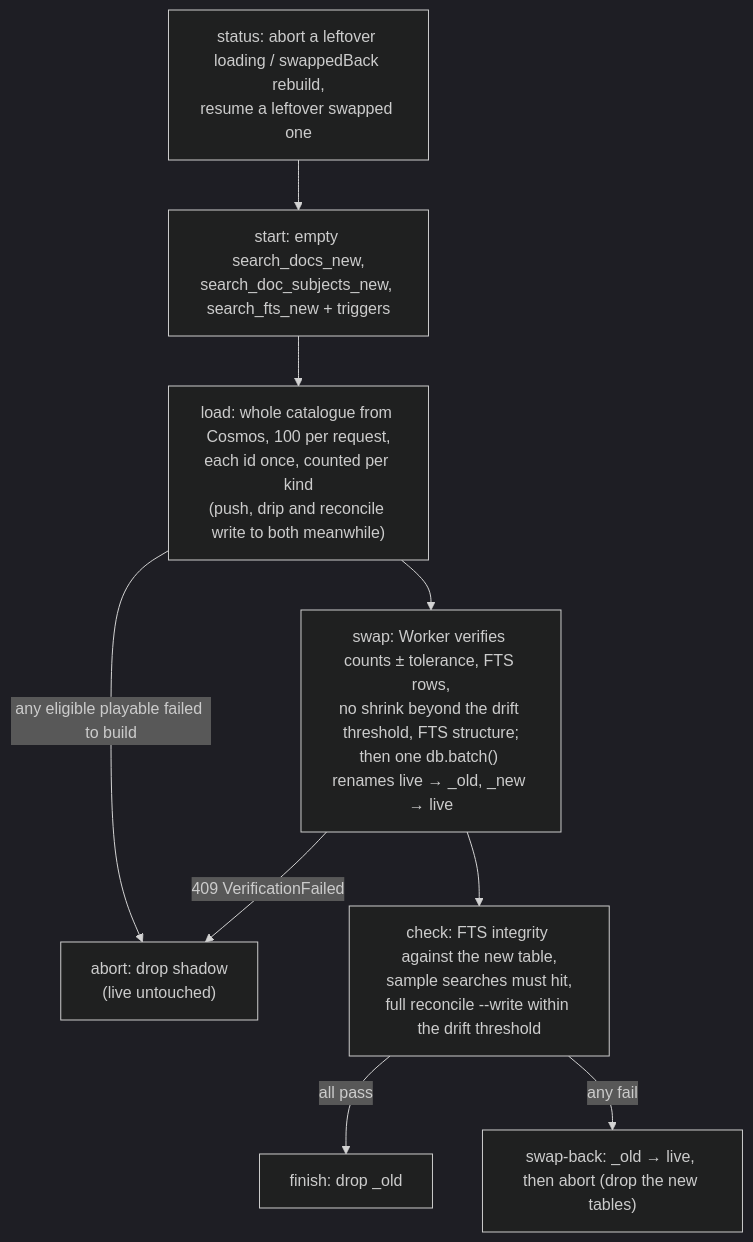
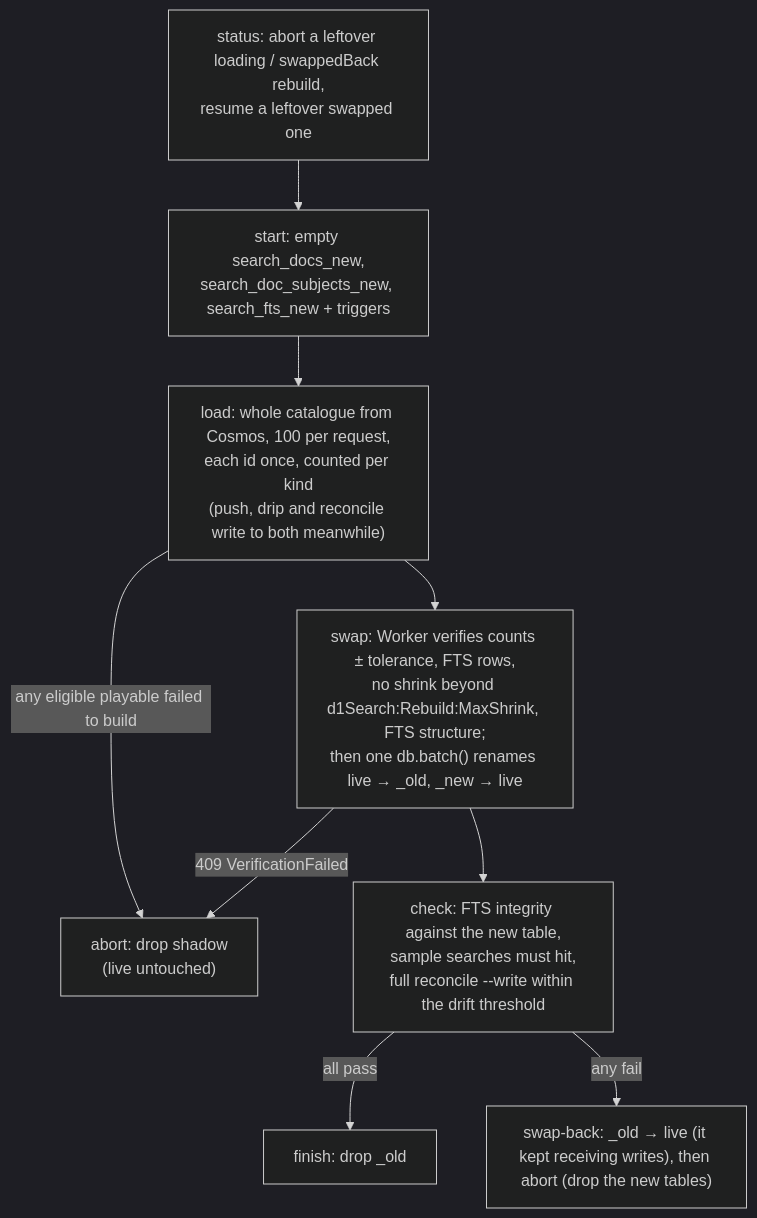
One commit to cultpodcasts/RedditPodcastPoster changed the fourth of 4 diagrams in docs/search-platform/sync-and-replication.md. Above: the diagram before and after it, drawn with Mermaid (dark theme). The commit also changed other lines of this file and 5 other files, not shown here.

Commit message:
D1 rebuild review: separate Rebuild:MaxShrink, swap-back note (parked index kept in step by Api #290), lost finish/swap-back answers, finish failure hint

````diff
--- a/docs/search-platform/sync-and-replication.md
+++ b/docs/search-platform/sync-and-replication.md
@@ -136,11 +136,11 @@
 ```mermaid
 flowchart TD
   S["status: abort a leftover loading / swappedBack rebuild,<br/>resume a leftover swapped one"] --> ST["start: empty search_docs_new,<br/>search_doc_subjects_new, search_fts_new + triggers"]
   ST --> L["load: whole catalogue from Cosmos, 100 per request,<br/>each id once, counted per kind<br/>(push, drip and reconcile write to both meanwhile)"]
   L -->|"any eligible playable failed to build"| AB["abort: drop shadow<br/>(live untouched)"]
-  L --> SW["swap: Worker verifies counts ± tolerance, FTS rows,<br/>no shrink beyond the drift threshold, FTS structure;<br/>then one db.batch() renames live → _old, _new → live"]
+  L --> SW["swap: Worker verifies counts ± tolerance, FTS rows,<br/>no shrink beyond d1Search:Rebuild:MaxShrink, FTS structure;<br/>then one db.batch() renames live → _old, _new → live"]
   SW -->|"409 VerificationFailed"| AB
   SW --> CK["check: FTS integrity against the new table,<br/>sample searches must hit,<br/>full reconcile --write within the drift threshold"]
   CK -->|"all pass"| FIN["finish: drop _old"]
-  CK -->|"any fail"| BACK["swap-back: _old → live, then abort (drop the new tables)"]
+  CK -->|"any fail"| BACK["swap-back: _old → live (it kept receiving writes), then abort (drop the new tables)"]
 ```
````
